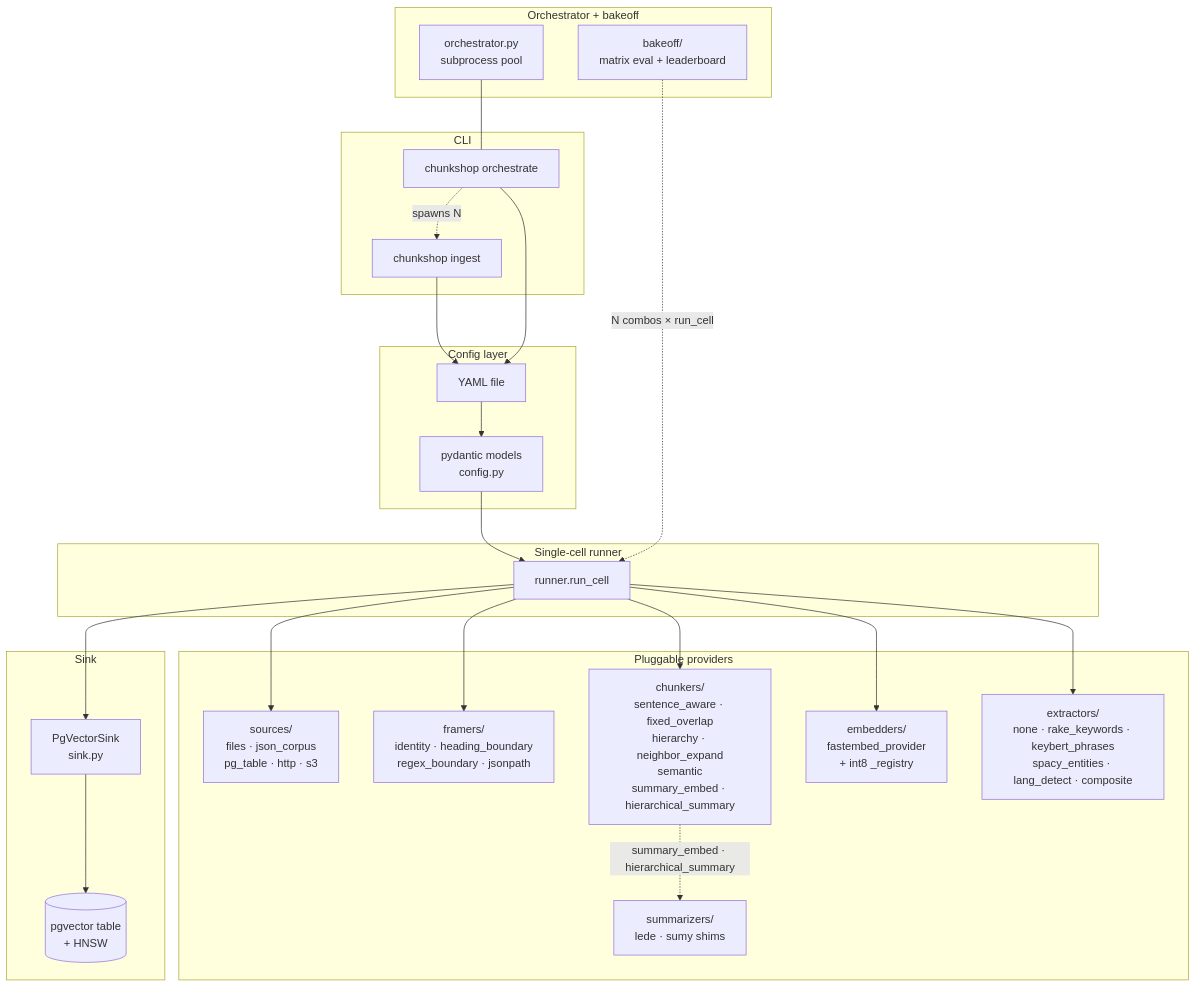
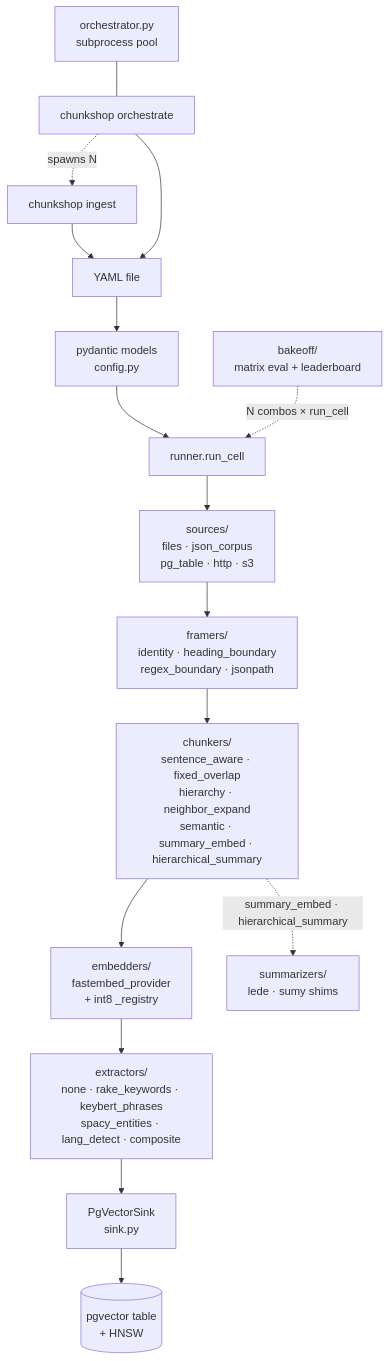
Before and after one commit to yonk-labs/chunkshop: the first of 4 diagrams in docs/architecture.md, drawn with Mermaid. The commit also changed other lines of this file and 2 other files, not shown here.

Commit message:
docs: 0.3.1 — fix architecture.md diagrams + README crates.io link
- docs/architecture.md component map redrawn as a left-to-right
  pipeline so Sink sits visually downstream of the pluggable providers
  (Source → Framer → Chunker → Embedder → Extractor → Sink → DB)
  instead of as a sibling block.
- docs/architecture.md "One ingest, step by step" sequenceDiagram
  rewritten to remove <br/> tags inside message text — those aren't
  supported by mermaid's sequenceDiagram parser and were silently
  breaking the render on GitHub. Nested loop preserved.
- README crates.io badge + status-table link were pointing at
  crates.io/crates/chunkshop (404). Real package name is
  chunkshop-rs; both fixed.

No code changes. Tests: 159 passed, 14 skipped.

````diff
--- a/docs/architecture.md
+++ b/docs/architecture.md
@@ -14,51 +14,32 @@
 ```mermaid
 flowchart TB
-    subgraph cli[CLI]
-      I[chunkshop ingest]
-      O[chunkshop orchestrate]
-    end
+    I[chunkshop ingest]
+    O[chunkshop orchestrate]
+    Y[YAML file]
+    P[pydantic models<br/>config.py]
+    R[runner.run_cell]
 
-    subgraph config[Config layer]
-      Y[YAML file]
-      P[pydantic models<br/>config.py]
-    end
+    SRC[sources/<br/>files · json_corpus<br/>pg_table · http · s3]
+    FRM[framers/<br/>identity · heading_boundary<br/>regex_boundary · jsonpath]
+    CHK[chunkers/<br/>sentence_aware · fixed_overlap<br/>hierarchy · neighbor_expand<br/>semantic · summary_embed · hierarchical_summary]
+    EMB[embedders/<br/>fastembed_provider<br/>+ int8 _registry]
+    EXT[extractors/<br/>none · rake_keywords · keybert_phrases<br/>spacy_entities · lang_detect · composite]
+    SUM[summarizers/<br/>lede · sumy shims]
+    SK[PgVectorSink<br/>sink.py]
+    DB[(pgvector table<br/>+ HNSW)]
 
-    subgraph runner[Single-cell runner]
-      R[runner.run_cell]
-    end
-
-    subgraph providers[Pluggable providers]
-      SRC[sources/<br/>files · json_corpus<br/>pg_table · http · s3]
-      FRM[framers/<br/>identity · heading_boundary<br/>regex_boundary · jsonpath]
-      CHK[chunkers/<br/>sentence_aware · fixed_overlap<br/>hierarchy · neighbor_expand<br/>semantic<br/>summary_embed · hierarchical_summary]
-      EMB[embedders/<br/>fastembed_provider<br/>+ int8 _registry]
-      EXT[extractors/<br/>none · rake_keywords · keybert_phrases<br/>spacy_entities · lang_detect · composite]
-      SUM[summarizers/<br/>lede · sumy shims]
-    end
-
-    subgraph sink[Sink]
-      SK[PgVectorSink<br/>sink.py]
-      DB[(pgvector table<br/>+ HNSW)]
-    end
-
-    subgraph orch[Orchestrator + bakeoff]
-      OR[orchestrator.py<br/>subprocess pool]
-      BO[bakeoff/<br/>matrix eval + leaderboard]
-    end
+    OR[orchestrator.py<br/>subprocess pool]
+    BO[bakeoff/<br/>matrix eval + leaderboard]
 
     I --> Y
     O --> Y
     Y --> P
     P --> R
-    R --> SRC
-    R --> FRM
-    R --> CHK
-    R --> EMB
-    R --> EXT
+
+    R --> SRC --> FRM --> CHK --> EMB --> EXT --> SK --> DB
     CHK -.summary_embed · hierarchical_summary.-> SUM
-    R --> SK
-    SK --> DB
+
     O -.spawns N.-> I
     OR --- O
     BO -.N combos × run_cell.-> R
 ```
````
